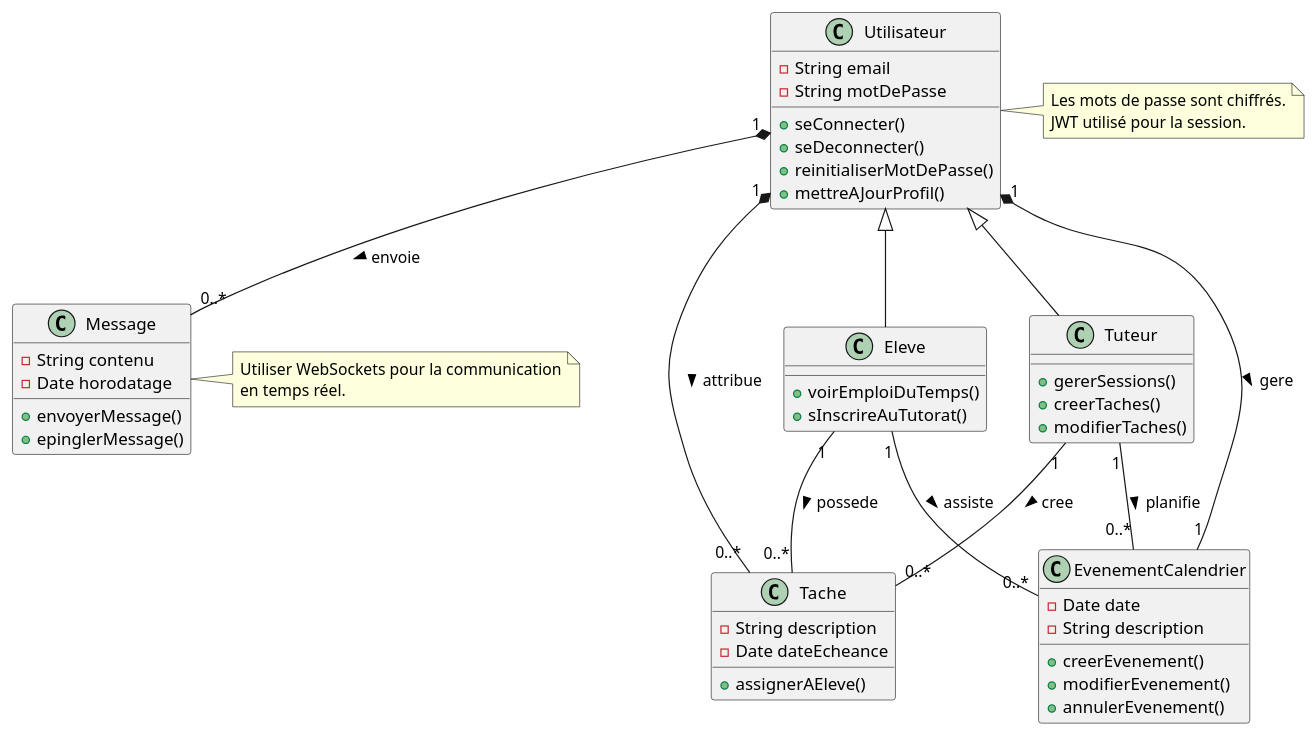
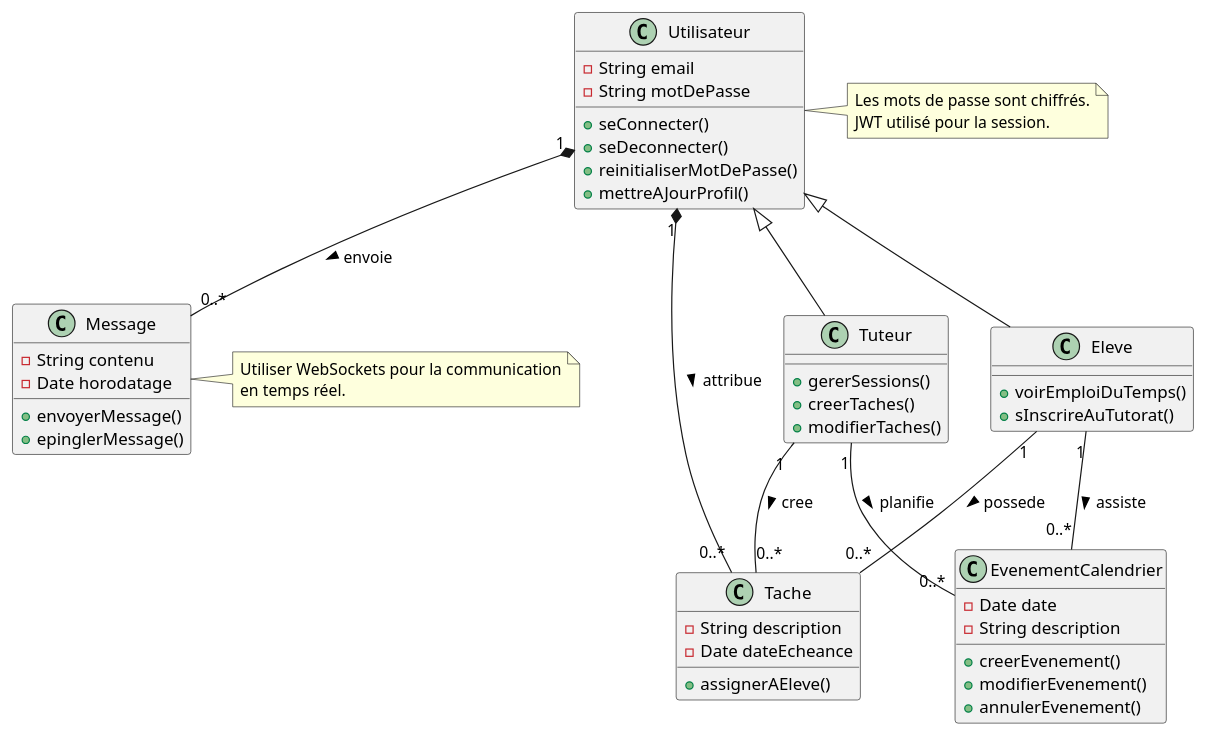
The diagram in diagramme-de-classe-FR.puml (myrteza-labi/ocr-3), drawn with PlantUML before and after one commit. The commit also changed 4 other files, not shown here.

Commit message:
update diagramme de classe

```diff
--- a/diagramme-de-classe-FR.puml
+++ b/diagramme-de-classe-FR.puml
@@ -1,64 +1,63 @@
 @startuml
 ' Définition des classes
 class Utilisateur {
     -String email
     -String motDePasse
     +seConnecter()
     +seDeconnecter()
     +reinitialiserMotDePasse()
     +mettreAJourProfil()
 }
 
 class Eleve extends Utilisateur {
     +voirEmploiDuTemps()
     +sInscrireAuTutorat()
 }
 
 class Tuteur extends Utilisateur {
     +gererSessions()
     +creerTaches()
     +modifierTaches()
 }
 
 class Tache {
     -String description
     -Date dateEcheance
     +assignerAEleve()
 }
 
 class Message {
     -String contenu
     -Date horodatage
     +envoyerMessage()
     +epinglerMessage()
 }
 
 class EvenementCalendrier {
     -Date date
     -String description
     +creerEvenement()
     +modifierEvenement()
     +annulerEvenement()
 }
 
 ' Relations
 Utilisateur "1" *-- "0..*" Message : envoie >
 Utilisateur "1" *-- "0..*" Tache : attribue >
-Utilisateur "1" *-- "1" EvenementCalendrier : gere >
 Eleve "1" -- "0..*" Tache : possede >
 Tuteur "1" -- "0..*" Tache : cree >
 Eleve "1" -- "0..*" EvenementCalendrier : assiste >
 Tuteur "1" -- "0..*" EvenementCalendrier : planifie >
 
 ' Note sur la sécurité et la gestion des messages
 note right of Message
     Utiliser WebSockets pour la communication
     en temps réel.
 end note
 
 note right of Utilisateur
     Les mots de passe sont chiffrés.
     JWT utilisé pour la session.
 end note
 
 @enduml
```
